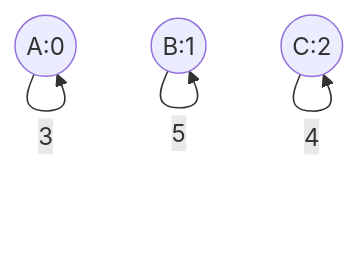
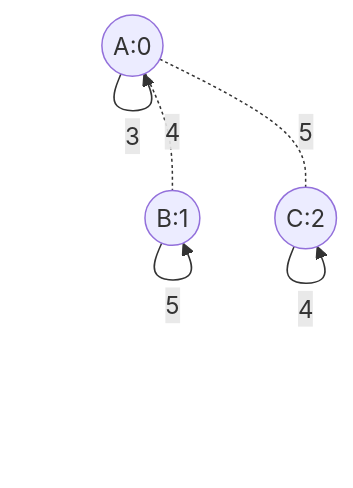
Before and after one commit to randomfunkstyle/randomfun2025swift: the diagram in Resources/TestMaps/three_rooms_four_loops.md, drawn with Mermaid. The commit also changed 8 other files, not shown here.

````diff
--- a/Resources/TestMaps/three_rooms_four_loops.md
+++ b/Resources/TestMaps/three_rooms_four_loops.md
@@ -3,21 +3,24 @@
 ```mermaid
 graph TD
     A((A:0))
     B((B:1))
     C((C:2))
+
+    A -.4.- B
+    A -.5.- C
 
     A --0--> A
     A --1--> A
     A --2--> A
     A --3--> A
     B --0--> B
     B --1--> B
     B --2--> B
     B --3--> B
     B --5--> B
     C --0--> C
     C --1--> C
     C --2--> C
     C --3--> C
     C --4--> C
 ```
````
